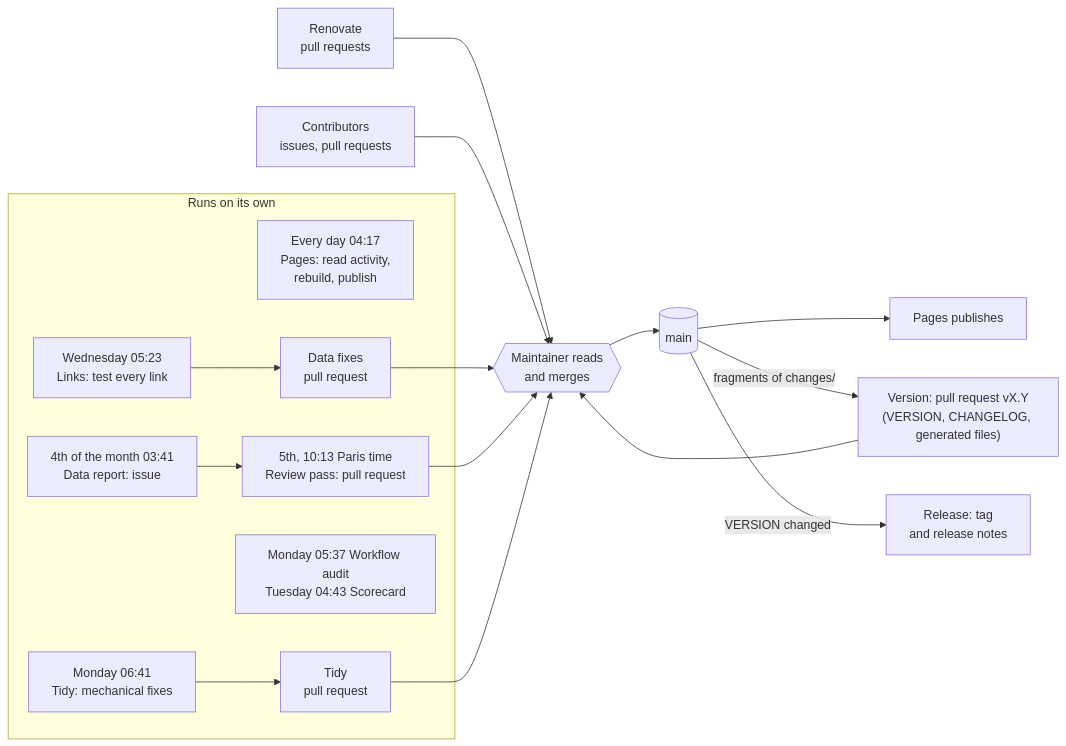
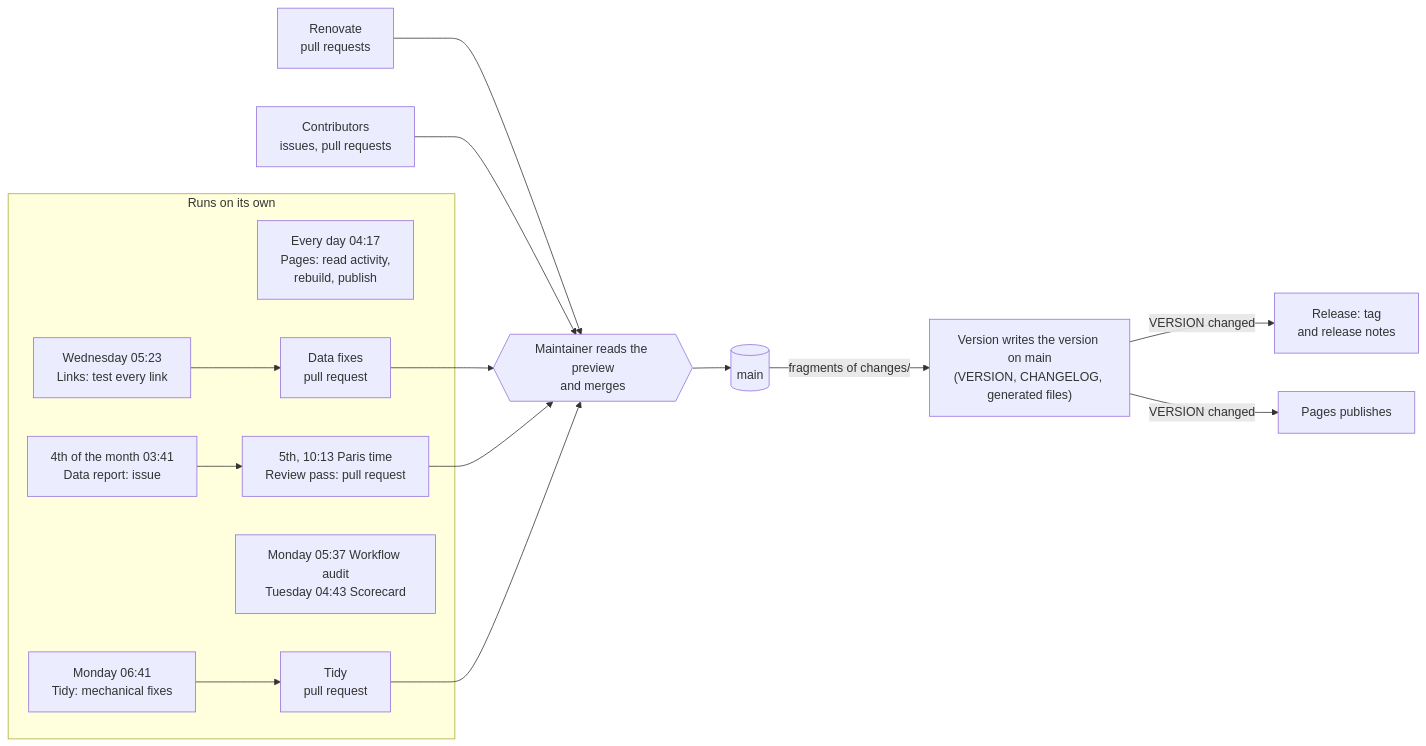
One commit to actarus314/awesome-lego changed the diagram in MAINTENANCE.md. Above: the diagram before and after it, drawn with Mermaid. The commit also changed other lines of this file and 18 other files, not shown here.

Commit message:
Each merge is a version: written on main right after it, three numbers, previews merged with main (#57)

````diff
--- a/MAINTENANCE.md
+++ b/MAINTENANCE.md
@@ -7,20 +7,19 @@
 ```mermaid
 flowchart LR
   subgraph own["Runs on its own"]
     day["Every day 04:17<br/>Pages: read activity,<br/>rebuild, publish"]
     wed["Wednesday 05:23<br/>Links: test every link"] --> fix["Data fixes<br/>pull request"]
     m4["4th of the month 03:41<br/>Data report: issue"] --> m5["5th, 10:13 Paris time<br/>Review pass: pull request"]
     sec["Monday 05:37 Workflow audit<br/>Tuesday 04:43 Scorecard"]
     tidy["Monday 06:41<br/>Tidy: mechanical fixes"] --> tpr["Tidy<br/>pull request"]
   end
   reno["Renovate<br/>pull requests"] --> merge
   contrib["Contributors<br/>issues, pull requests"] --> merge
   fix --> merge
   m5 --> merge
   tpr --> merge
-  merge{{"Maintainer reads<br/>and merges"}} --> main[("main")]
-  main --> pub["Pages publishes"]
-  main -->|fragments of changes/| ver["Version: pull request vX.Y<br/>(VERSION, CHANGELOG, generated files)"]
-  ver --> merge
-  main -->|VERSION changed| rel["Release: tag<br/>and release notes"]
+  merge{{"Maintainer reads the preview<br/>and merges"}} --> main[("main")]
+  main -->|fragments of changes/| ver["Version writes the version on main<br/>(VERSION, CHANGELOG, generated files)"]
+  ver -->|VERSION changed| rel["Release: tag<br/>and release notes"]
+  ver -->|VERSION changed| pub["Pages publishes"]
 ```
````
